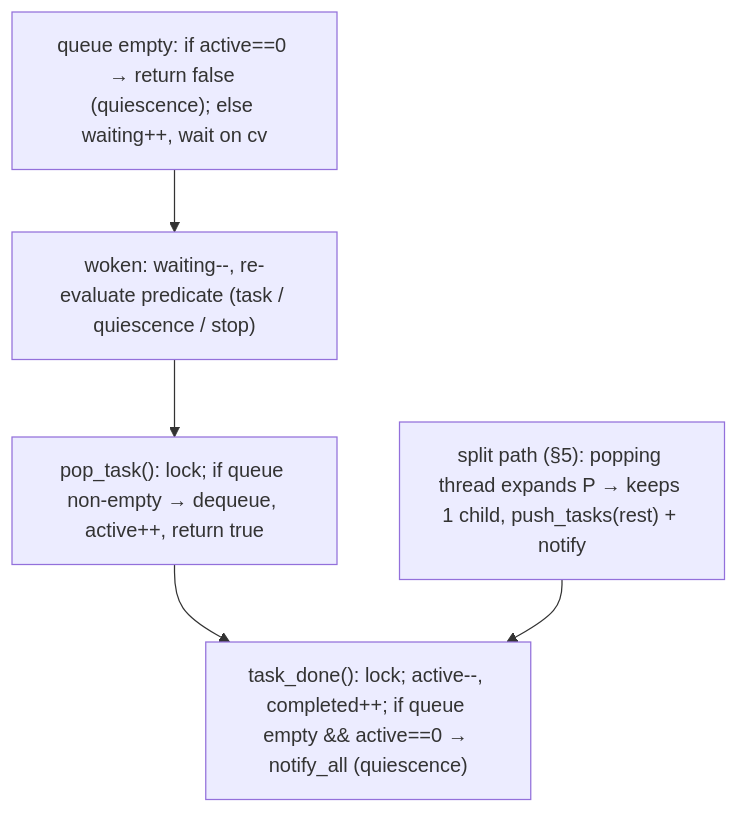
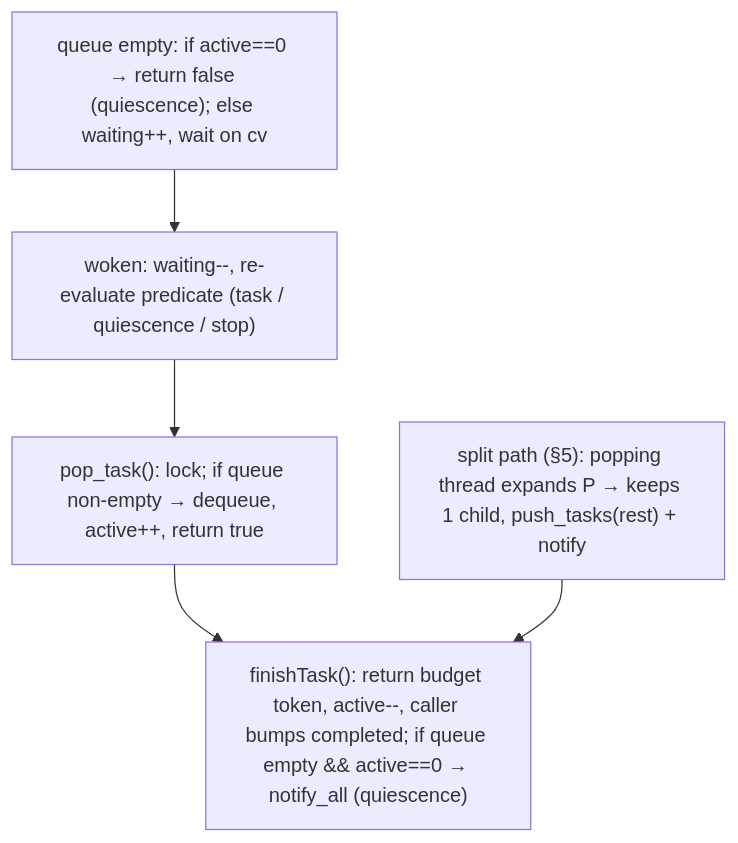
Before and after one commit to burr-tools/burr-tools: the second of 2 diagrams in design/2026-09-22-assembly-work-stealing.md, drawn with Mermaid. The commit also changed other lines of this file and 11 other files, not shown here.

````diff
--- a/design/2026-09-22-assembly-work-stealing.md
+++ b/design/2026-09-22-assembly-work-stealing.md
@@ -88,12 +102,12 @@
 ```mermaid
 flowchart TD
     POP["pop_task(): lock; if queue non-empty → dequeue, active++, return true"]
     POP_EMPTY["queue empty: if active==0 → return false (quiescence); else waiting++, wait on cv"]
     WAKE["woken: waiting--, re-evaluate predicate (task / quiescence / stop)"]
-    DONE["task_done(): lock; active--, completed++; if queue empty && active==0 → notify_all (quiescence)"]
+    DONE["finishTask(): return budget token, active--, caller bumps completed; if queue empty && active==0 → notify_all (quiescence)"]
     SPLIT["split path (§5): popping thread expands P → keeps 1 child, push_tasks(rest) + notify"]
     POP --> DONE
     POP_EMPTY --> WAKE
     WAKE --> POP
     SPLIT --> DONE
 ```
````
